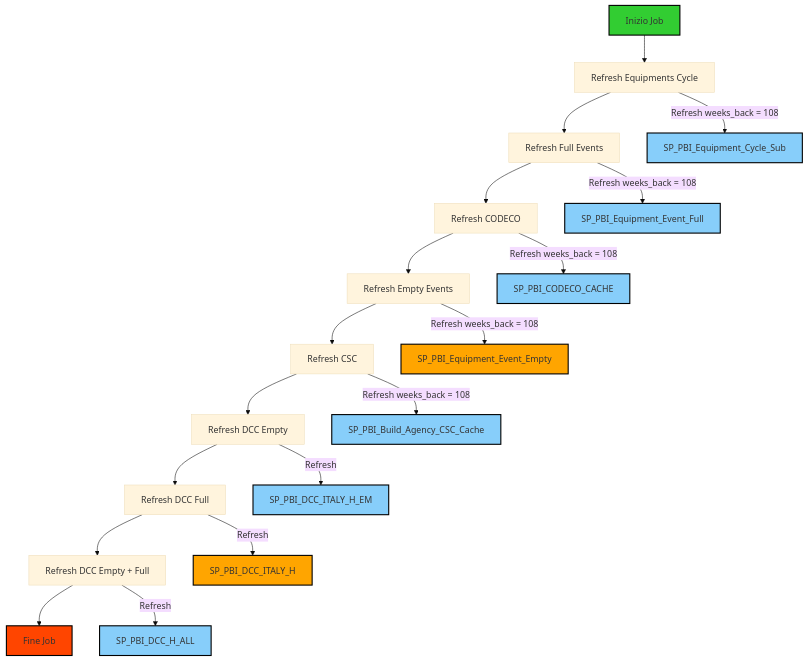
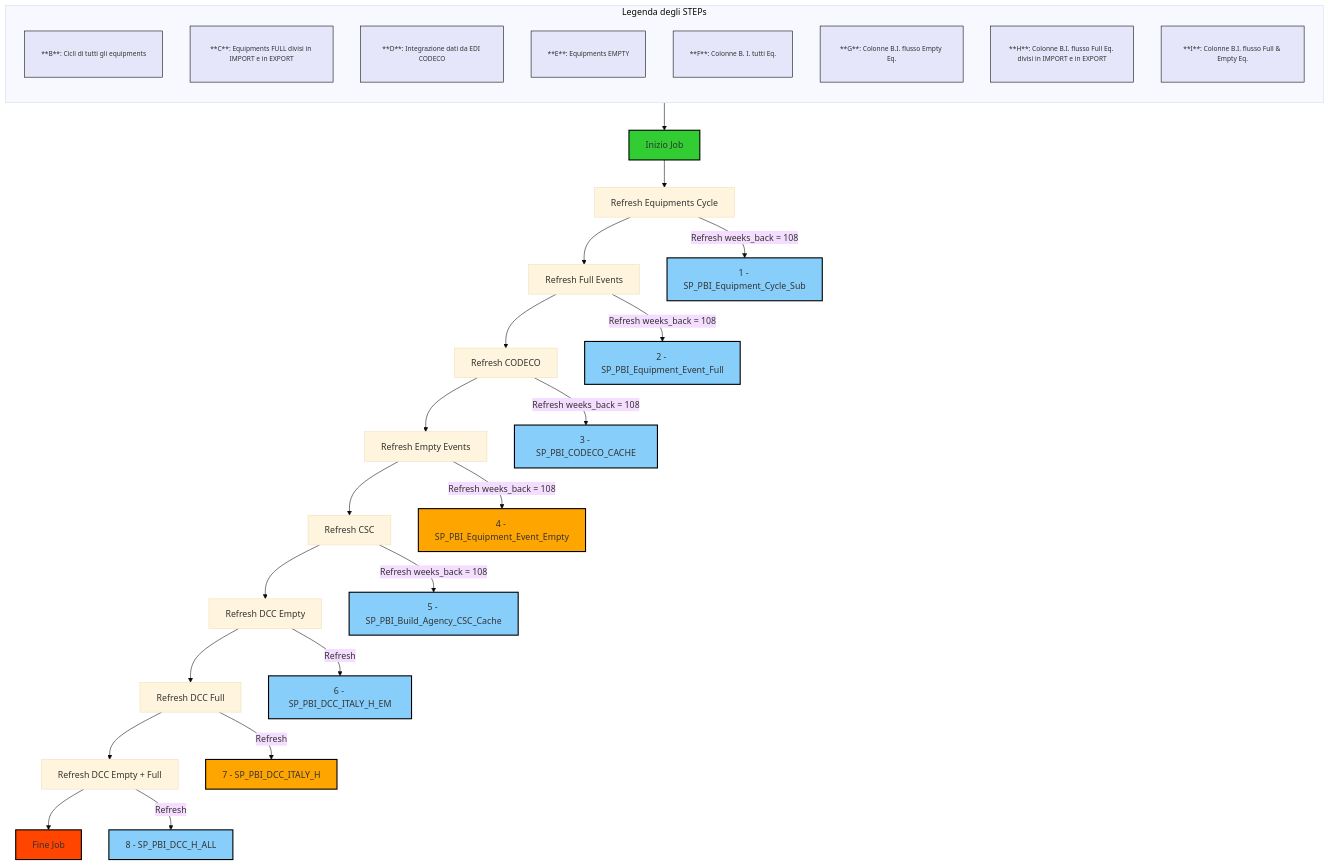
One commit to grellag/Project_Python changed the diagram in DCC_Trasporti_H/README.MD. Above: the diagram before and after it, drawn with Mermaid. The commit also changed other lines of this file, not shown here.

Commit message:
Aggiornato README.MD

````diff
--- a/DCC_Trasporti_H/README.MD
+++ b/DCC_Trasporti_H/README.MD
@@ -3,36 +3,54 @@
 ```mermaid
 %%{init: {'theme': 'base', 'themeVariables': {'handdraw': true}}}%%
-flowchart TB
+flowchart TB  
+    %% Legenda: Posizionata in alto a sinistra
+    subgraph Legenda ["Legenda degli STEPs"]
+        direction TB  %% Forza la disposizione verticale
+        LB["**B**: Cicli di tutti gli equipments"]:::legendStyle
+        LC["**C**: Equipments FULL divisi in IMPORT e in EXPORT"]:::legendStyle
+        LD["**D**: Integrazione dati da EDI CODECO"]:::legendStyle
+        LE["**E**: Equipments EMPTY"]:::legendStyle
+        LF["**F**: Colonne B. I. tutti Eq."]:::legendStyle
+        LG["**G**: Colonne B.I. flusso Empty Eq."]:::legendStyle
+        LH["**H**: Colonne B.I. flusso Full Eq. divisi in IMPORT e in EXPORT"]:::legendStyle
+        LI["**I**: Colonne B.I. flusso Full & Empty Eq."]:::legendStyle
+    end
+    Legenda --> A
+
+    %% Flusso principale:
     A[Inizio Job] --> B[Refresh Equipments Cycle]
     B --> C[Refresh Full Events]
     C --> D[Refresh CODECO]
     D --> E[Refresh Empty Events]
     E --> F[Refresh CSC]
     F --> G[Refresh DCC Empty]
     G --> H[Refresh DCC Full]
     H --> I[Refresh DCC Empty + Full]
     I --> L[Fine Job]
 
     %% Descrizione dei passi:
-
-    B -->|Refresh weeks_back = 108| P[SP_PBI_Equipment_Cycle_Sub]
-    C -->|Refresh weeks_back = 108| Q[SP_PBI_Equipment_Event_Full]
-    D -->|Refresh weeks_back = 108| R[SP_PBI_CODECO_CACHE]
-    E -->|Refresh weeks_back = 108| S[SP_PBI_Equipment_Event_Empty]
-    F -->|Refresh weeks_back = 108| T[SP_PBI_Build_Agency_CSC_Cache]
-    G -->|Refresh| U[SP_PBI_DCC_ITALY_H_EM]
-    H -->|Refresh| V[SP_PBI_DCC_ITALY_H]
-    I -->|Refresh| Z[SP_PBI_DCC_H_ALL]
+    B -->|Refresh weeks_back = 108| P[1 - SP_PBI_Equipment_Cycle_Sub]
+    C -->|Refresh weeks_back = 108| Q[2 - SP_PBI_Equipment_Event_Full]
+    D -->|Refresh weeks_back = 108| R[3 - SP_PBI_CODECO_CACHE]
+    E -->|Refresh weeks_back = 108| S[4 - SP_PBI_Equipment_Event_Empty]
+    F -->|Refresh weeks_back = 108| T[5 - SP_PBI_Build_Agency_CSC_Cache]
+    G -->|Refresh| U[6 - SP_PBI_DCC_ITALY_H_EM]
+    H -->|Refresh| V[7 - SP_PBI_DCC_ITALY_H]
+    I -->|Refresh| Z[8 - SP_PBI_DCC_H_ALL]
 
     %% Stili personalizzati:
     style A fill:#32CD32,stroke:#000,stroke-width:2px
     style L fill:#FF4500,stroke:#000,stroke-width:2px
     style P fill:#87CEFA,stroke:#000,stroke-width:2px
     style Q fill:#87CEFA,stroke:#000,stroke-width:2px
     style R fill:#87CEFA,stroke:#000,stroke-width:2px
     style S fill:#FFA500,stroke:#000,stroke-width:2px
     style T fill:#87CEFA,stroke:#000,stroke-width:2px
     style U fill:#87CEFA,stroke:#000,stroke-width:2px
     style V fill:#FFA500,stroke:#000,stroke-width:2px
     style Z fill:#87CEFA,stroke:#000,stroke-width:2px
+
+    %% Stili per la legenda:
+    classDef legendStyle fill:#E6E6FA,stroke:#000,stroke-width:1px,font-size:12px,padding:5px
+
 ```
````
